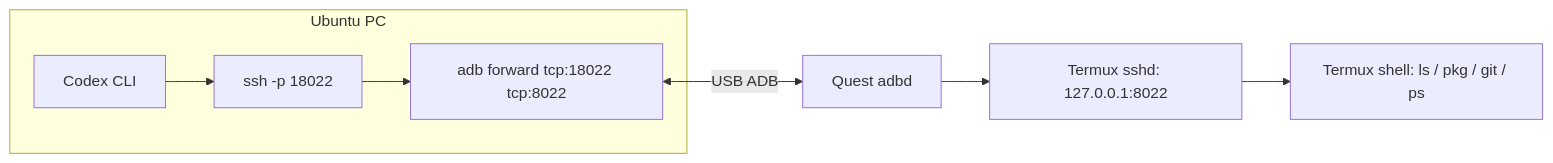
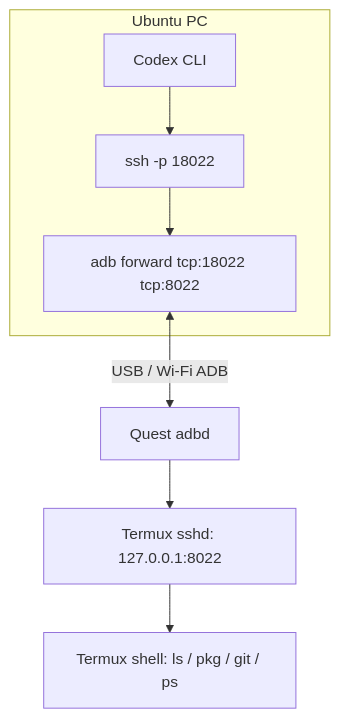
One commit to tin-machine/eidolon-wayland changed the second of 3 diagrams in docs/phase-0-development-environment.md. Above: the diagram before and after it, drawn with Mermaid. The commit also changed other lines of this file and 6 other files, not shown here.

```diff
--- a/docs/phase-0-development-environment.md
+++ b/docs/phase-0-development-environment.md
@@ -228,10 +249,10 @@
 ~~~mermaid
-flowchart LR
+flowchart TB
  subgraph HOST["Ubuntu PC"]
   C["Codex CLI"] --> SSH["ssh -p 18022"]
   SSH --> FWD["adb forward tcp:18022 tcp:8022"]
  end
- FWD <-->|"USB ADB"| AD["Quest adbd"]
+ FWD <-->|"USB / Wi-Fi ADB"| AD["Quest adbd"]
  AD --> SS["Termux sshd: 127.0.0.1:8022"]
  SS --> SH["Termux shell: ls / pkg / git / ps"]
 ~~~
```
